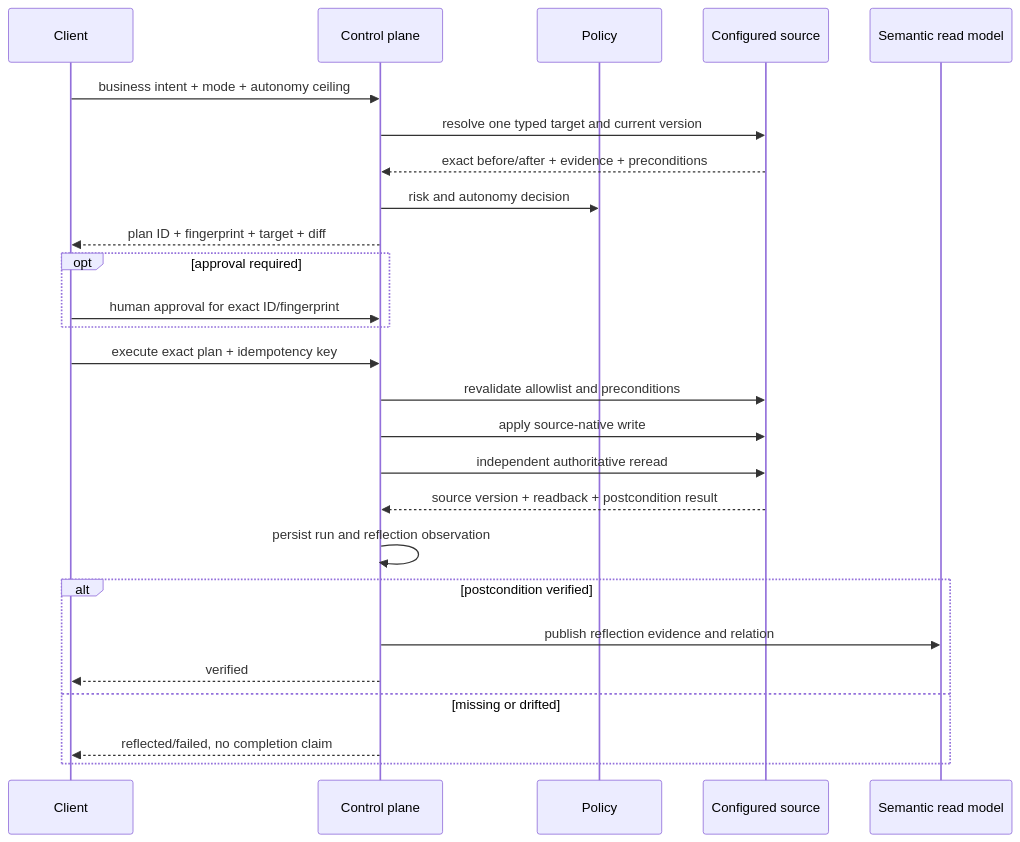
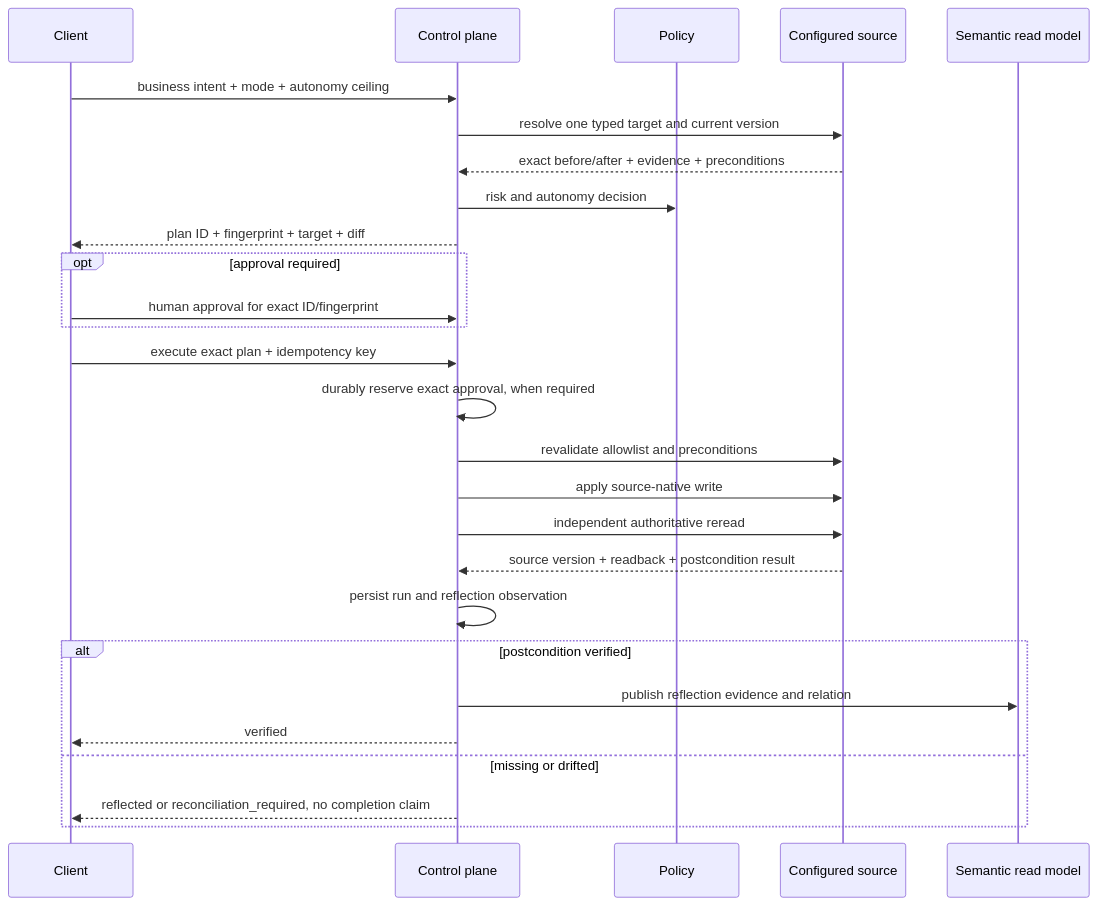
Before and after one commit to aantenore/semantic-junkyard: the third of 3 diagrams in docs/architecture.md, drawn with Mermaid. The commit also changed other lines of this file and 38 other files, not shown here.

````diff
--- a/docs/architecture.md
+++ b/docs/architecture.md
@@ -128,29 +129,30 @@
 ```mermaid
 sequenceDiagram
   participant Client
   participant Plane as Control plane
   participant Policy
   participant Source as Configured source
   participant ReadModel as Semantic read model
 
   Client->>Plane: business intent + mode + autonomy ceiling
   Plane->>Source: resolve one typed target and current version
   Source-->>Plane: exact before/after + evidence + preconditions
   Plane->>Policy: risk and autonomy decision
   Plane-->>Client: plan ID + fingerprint + target + diff
   opt approval required
     Client->>Plane: human approval for exact ID/fingerprint
   end
   Client->>Plane: execute exact plan + idempotency key
+  Plane->>Plane: durably reserve exact approval, when required
   Plane->>Source: revalidate allowlist and preconditions
   Plane->>Source: apply source-native write
   Plane->>Source: independent authoritative reread
   Source-->>Plane: source version + readback + postcondition result
   Plane->>Plane: persist run and reflection observation
   alt postcondition verified
     Plane->>ReadModel: publish reflection evidence and relation
     Plane-->>Client: verified
   else missing or drifted
-    Plane-->>Client: reflected/failed, no completion claim
+    Plane-->>Client: reflected or reconciliation_required, no completion claim
   end
 ```
````
